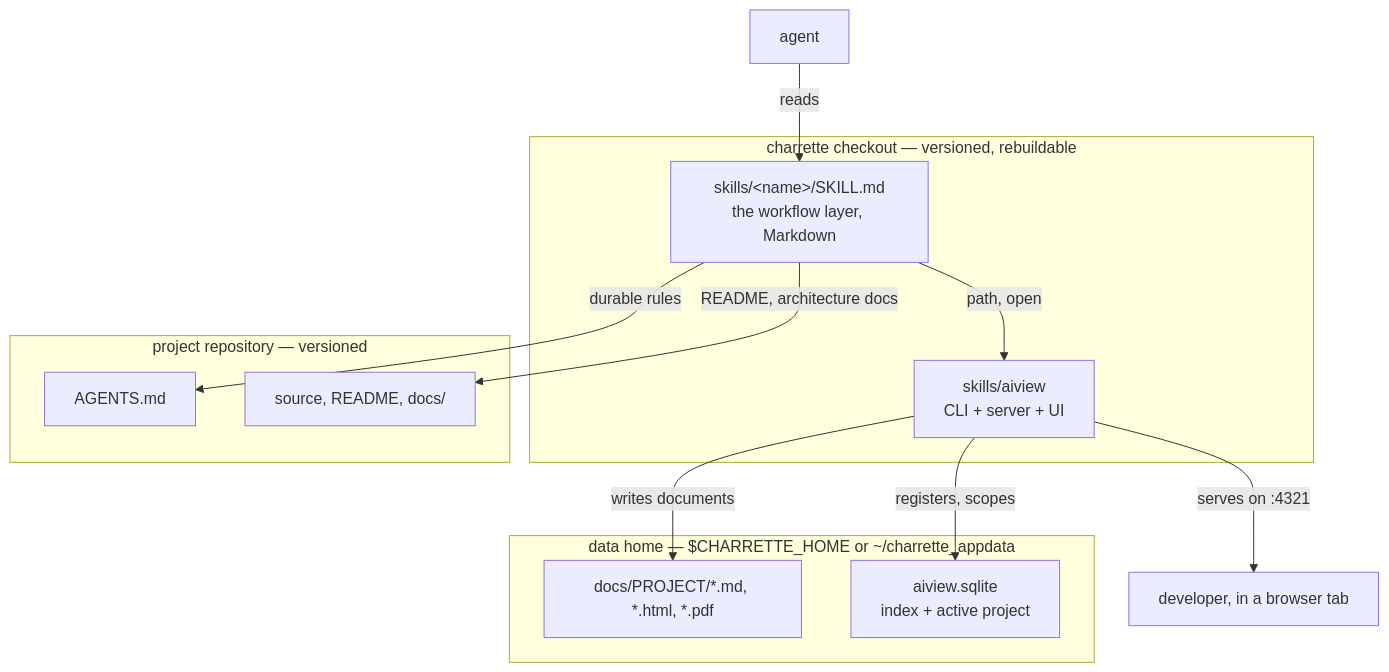
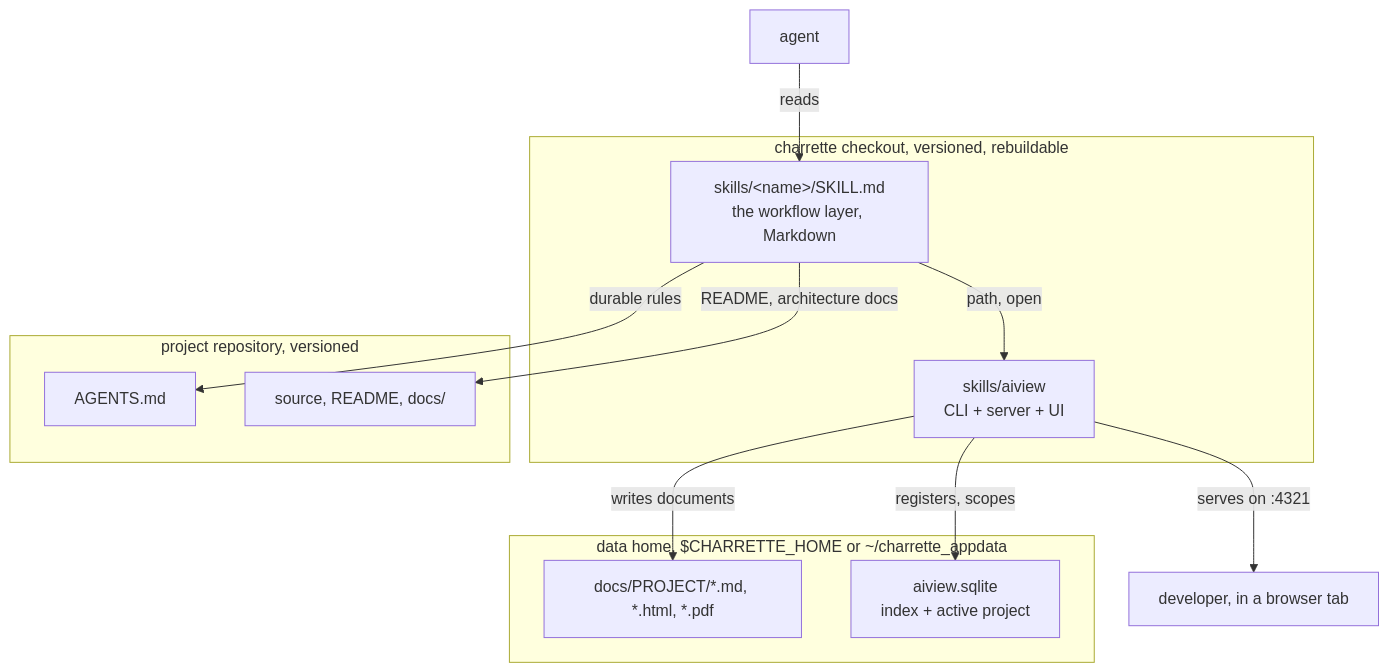
Before and after one commit to Ovich/charrette: the second of 2 diagrams in README.md, drawn with Mermaid. The commit also changed other lines of this file, not shown here.

````diff
--- a/README.md
+++ b/README.md
@@ -57,26 +55,26 @@
 ```mermaid
 flowchart TB
   AG["agent"] -- "reads" --> SK
 
-  subgraph CO["charrette checkout — versioned, rebuildable"]
+  subgraph CO["charrette checkout, versioned, rebuildable"]
     SK["skills/&lt;name&gt;/SKILL.md<br/>the workflow layer, Markdown"]
     AV["skills/aiview<br/>CLI + server + UI"]
   end
 
-  subgraph DH["data home — $CHARRETTE_HOME or ~/charrette_appdata"]
+  subgraph DH["data home, $CHARRETTE_HOME or ~/charrette_appdata"]
     DOC["docs/PROJECT/*.md, *.html, *.pdf"]
     IDX["aiview.sqlite<br/>index + active project"]
   end
 
-  subgraph PR["project repository — versioned"]
+  subgraph PR["project repository, versioned"]
     AGM["AGENTS.md"]
     SRC["source, README, docs/"]
   end
 
   SK -- "path, open" --> AV
   AV -- "writes documents" --> DOC
   AV -- "registers, scopes" --> IDX
   AV -- "serves on :4321" --> DEV["developer, in a browser tab"]
   SK -- "durable rules" --> AGM
   SK -- "README, architecture docs" --> SRC
 ```
````
